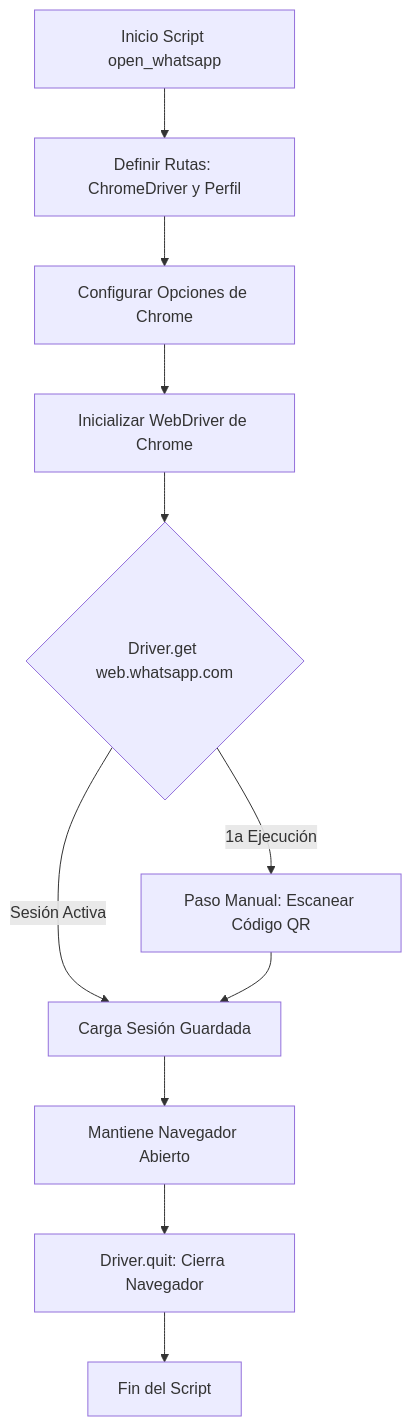
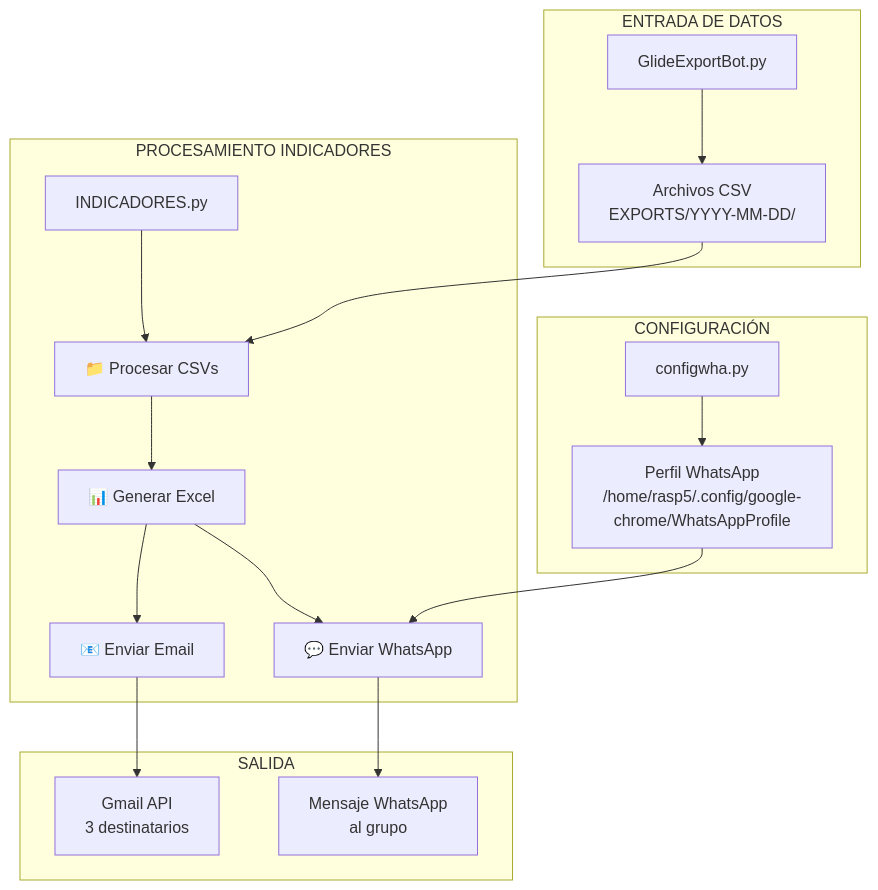
Before and after one commit to ebohorquez589/Prueba: the seventh of 7 diagrams in README.md, drawn with Mermaid.

````diff
--- a/README.md
+++ b/README.md
@@ -715,16 +715,30 @@
 ```mermaid
 
-graph TD
-    A[Inicio Script open_whatsapp] --> B[Definir Rutas: ChromeDriver y Perfil]
-    B --> C[Configurar Opciones de Chrome]
-    C --> D[Inicializar WebDriver de Chrome]
-    D --> E{Driver.get web.whatsapp.com}
-    E -- 1a Ejecución --> F[Paso Manual: Escanear Código QR]
-    E -- Sesión Activa --> G[Carga Sesión Guardada]
-    F --> G
-    G --> H[Mantiene Navegador Abierto]
-    H --> I[Driver.quit: Cierra Navegador]
-    I --> J[Fin del Script]
+graph TB
+    %% ========== COMPONENTES PRINCIPALES ==========
+    subgraph "CONFIGURACIÓN"
+        B[configwha.py] --> J[Perfil WhatsApp<br/>/home/rasp5/.config/google-chrome/WhatsAppProfile]
+    end
+    
+    subgraph "PROCESAMIENTO INDICADORES"
+        A[INDICADORES.py] --> F[📁 Procesar CSVs]
+        F --> G[📊 Generar Excel]
+        G --> H[📧 Enviar Email]
+        G --> I[💬 Enviar WhatsApp]
+    end
+    
+    subgraph "ENTRADA DE DATOS"
+        D[GlideExportBot.py] --> E[Archivos CSV<br/>EXPORTS/YYYY-MM-DD/]
+    end
+    
+    subgraph "SALIDA"
+        H --> K[Gmail API<br/>3 destinatarios]
+        I --> L[Mensaje WhatsApp<br/>al grupo]
+    end
+    
+    %% ========== FLUJOS PRINCIPALES ==========
+    E --> F
+    J --> I
 
 
 ```
````
